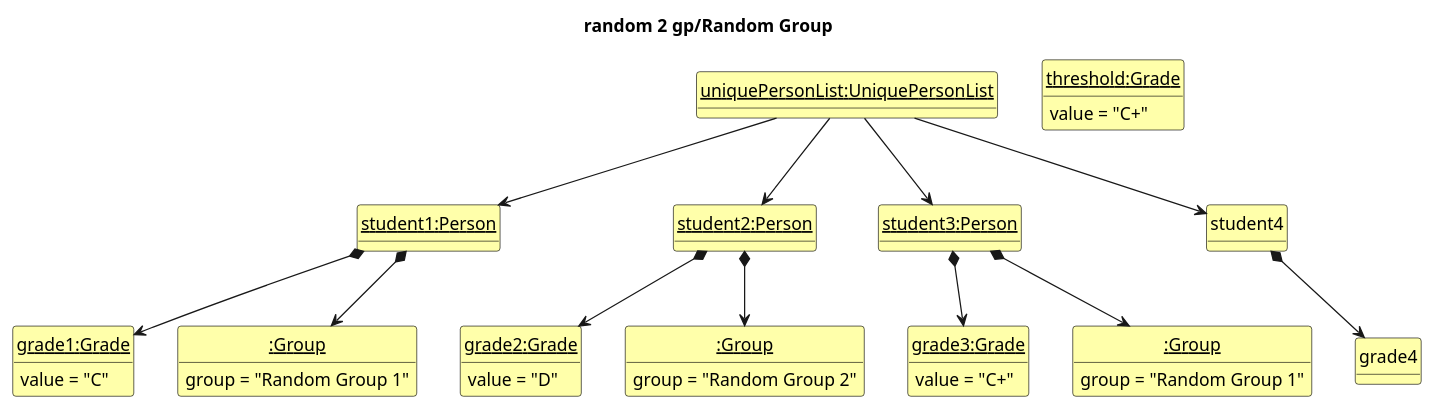
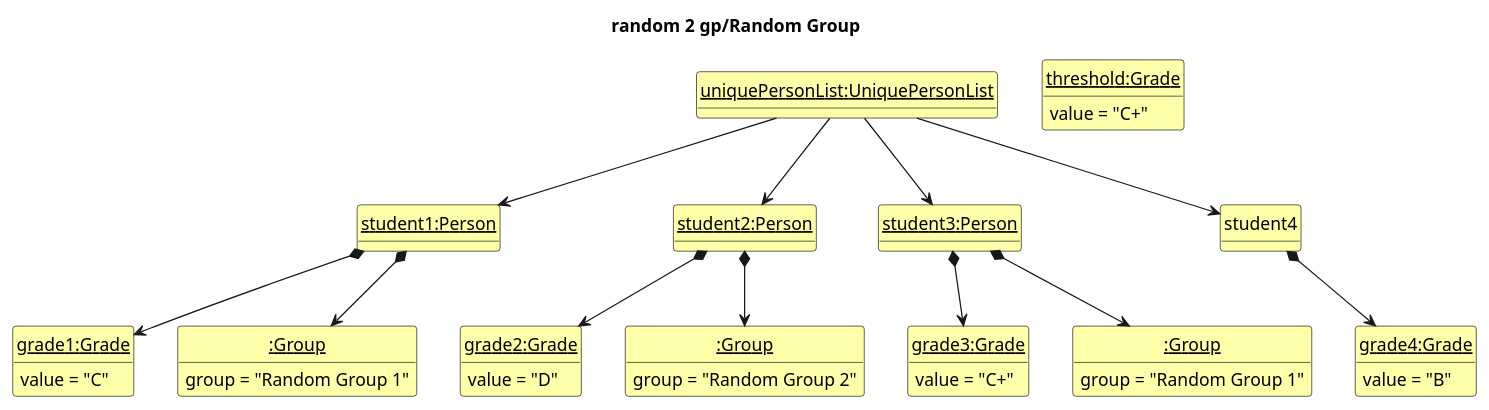
Before and after one commit to willowisp01/tp: the diagram in docs/diagrams/RandomState2.puml, drawn with PlantUML. The commit also changed 1 other file, not shown here.

```diff
--- a/docs/diagrams/RandomState2.puml
+++ b/docs/diagrams/RandomState2.puml
@@ -1,55 +1,59 @@
 @startuml
 'https://plantuml.com/class-diagram
 
 hide circle
 hide methods
 skinparam ClassFontColor #000000
 skinparam ClassBorderColor #000000
 skinparam ClassBackgroundColor #FFFFAA
 
 title random 2 gp/Random Group
 
 class uniquePersonList as "<u>uniquePersonList:UniquePersonList</u>"
 class student1 as "<u>student1:Person</u>"
 class student2 as "<u>student2:Person</u>"
 class student3 as "<u>student3:Person</u>"
 class grade1  as "<u>grade1:Grade</u>" {
     value = "C"
 }
 class grade2 as "<u>grade2:Grade</u>"{
     value = "D"
 }
 class grade3 as "<u>grade3:Grade</u>"{
     value = "C+"
 }
+class grade4 as "<u>grade4:Grade</u>"{
+    value = "B"
+}
 class Grade as "<u>threshold:Grade</u>"{
     value = "C+"
 }
 class group1 as "<u>:Group</u>"{
     group = "Random Group 1"
 }
 class group2 as "<u>:Group</u>"{
     group = "Random Group 1"
 }
 class group3 as "<u>:Group</u>"{
     group = "Random Group 2"
 }
+
 
 student1 -[hidden]right-> student2
 student2 -[hidden]right-> student3
 
 uniquePersonList -down-> student1
 uniquePersonList -down-> student2
 uniquePersonList -down-> student3
 uniquePersonList -down-> student4
 
 student1 *-down-> grade1
 student2 *-down-> grade2
 student3 *-down-> grade3
 student4 *-down-> grade4
 
 student1 *-down-> group1
 student2 *-down-> group3
 student3 *-down-> group2
 
 @enduml
```
